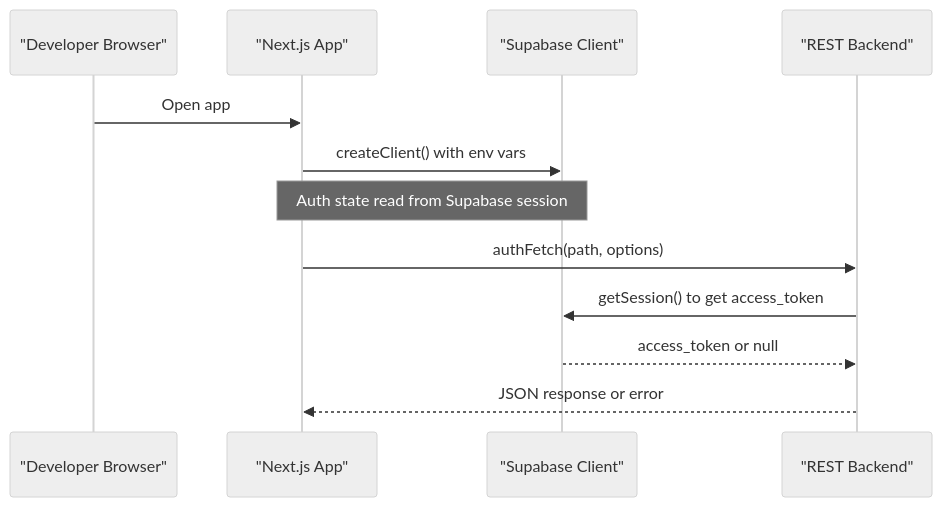
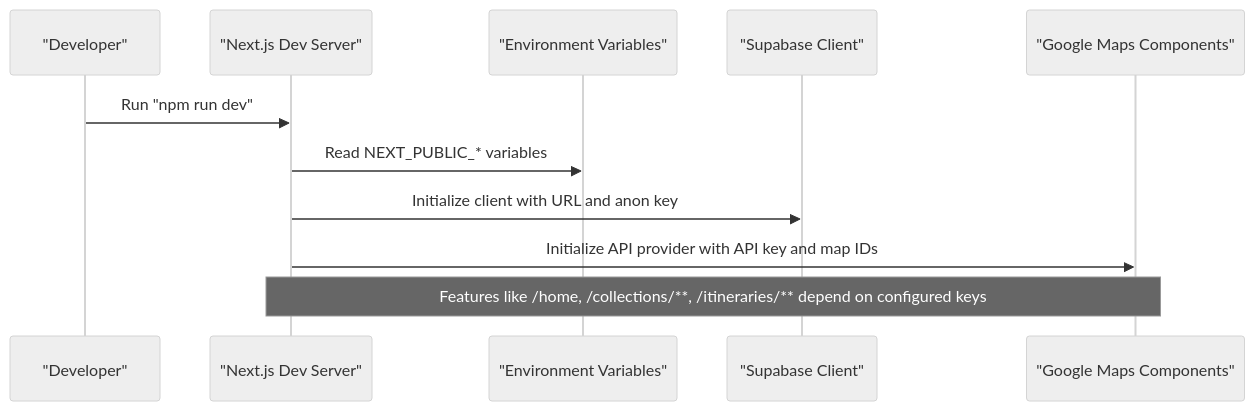
One commit to Meaetin/alibaba-hackathon changed the second of 3 diagrams in .qoder/repowiki/en/content/Getting Started.md. Above: the diagram before and after it, drawn with Mermaid (neutral theme). The commit also changed other lines of this file and 241 other files, not shown here.

````diff
--- a/.qoder/repowiki/en/content/Getting Started.md
+++ b/.qoder/repowiki/en/content/Getting Started.md
@@ -91,14 +72,13 @@
 ```mermaid
 sequenceDiagram
-participant Dev as "Developer Browser"
-participant Next as "Next.js App"
+participant Dev as "Developer"
+participant Next as "Next.js Dev Server"
+participant Env as "Environment Variables"
 participant SB as "Supabase Client"
-participant API as "REST Backend"
-Dev->>Next : Open app
-Next->>SB : createClient() with env vars
-Note over Next,SB : Auth state read from Supabase session
-Next->>API : authFetch(path, options)
-API->>SB : getSession() to get access_token
-SB-->>API : access_token or null
-API-->>Next : JSON response or error
+participant GM as "Google Maps Components"
+Dev->>Next : Run "npm run dev"
+Next->>Env : Read NEXT_PUBLIC_* variables
+Next->>SB : Initialize client with URL and anon key
+Next->>GM : Initialize API provider with API key and map IDs
+Note over Next,GM : Features like /home, /collections/**, /itineraries/** depend on configured keys
 ```
````
